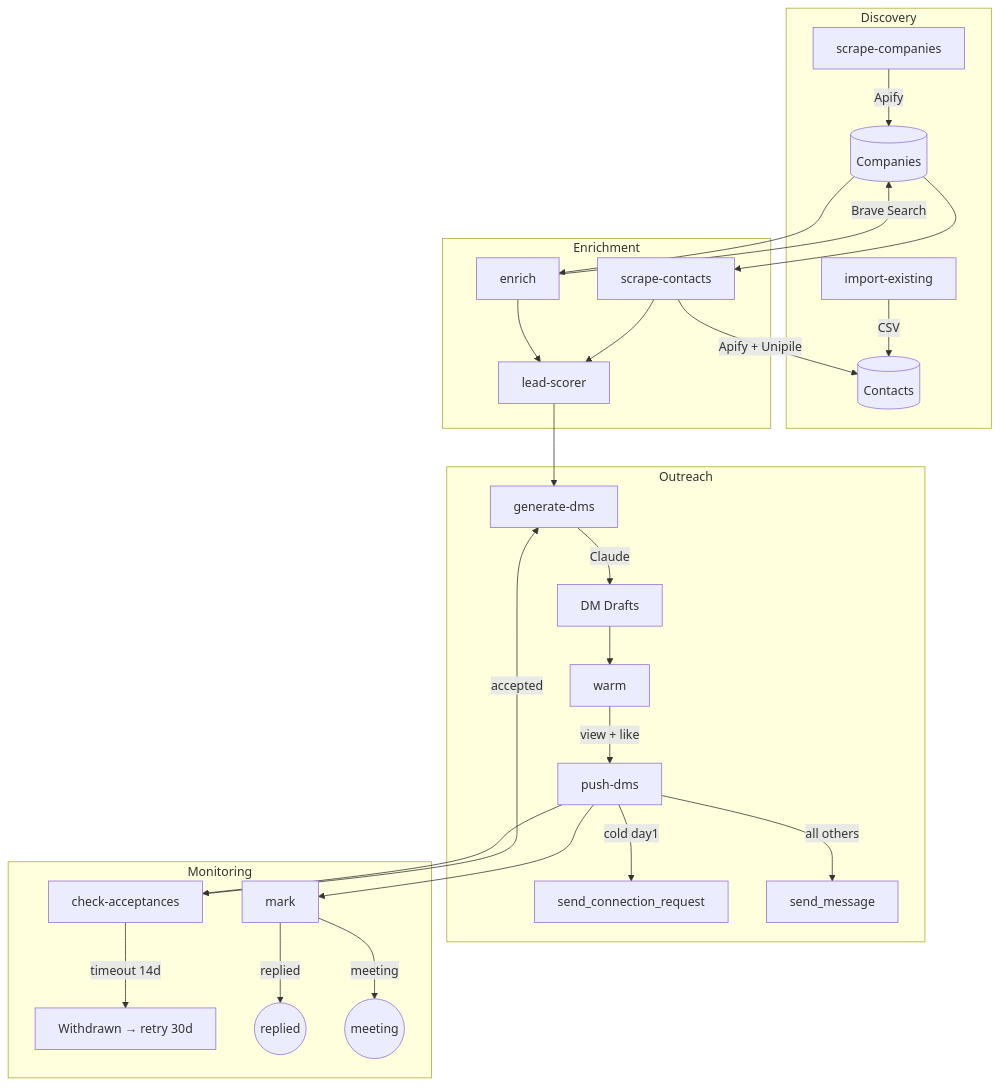
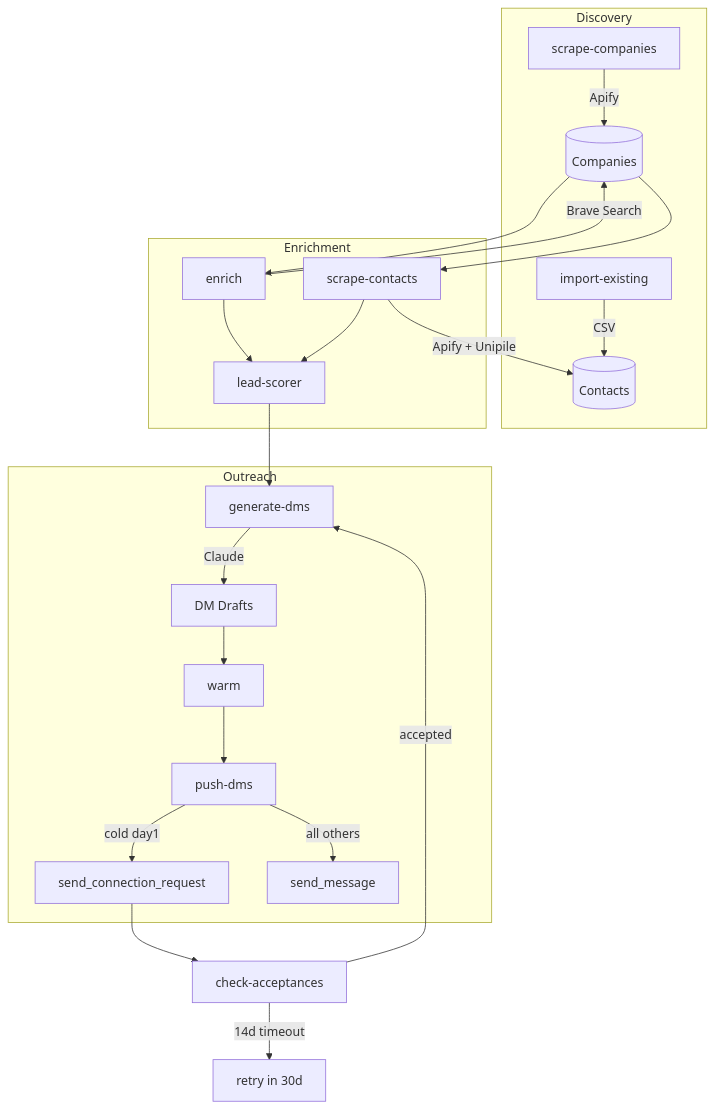
The first of 2 diagrams in docs/pipeline-flow.md (ashc0815/Linkedin-ABM-LeadGen), drawn with Mermaid before and after one commit. The commit also changed other lines of this file, not shown here.

First line of the commit message:
docs: trim pipeline diagram — remove Daily Workflow dupe and merge repeated transitions

````diff
--- a/docs/pipeline-flow.md
+++ b/docs/pipeline-flow.md
@@ -17,30 +5,25 @@
 ```mermaid
 flowchart TD
     subgraph Discovery
-        scrape-companies -->|"Apify"| Companies[(Companies)]
-        import-existing -->|"CSV"| Contacts[(Contacts)]
+        scrape-companies -->|Apify| Companies[(Companies)]
+        import-existing -->|CSV| Contacts[(Contacts)]
     end
 
     subgraph Enrichment
-        Companies --> enrich -->|"Brave Search"| Companies
-        Companies --> scrape-contacts -->|"Apify + Unipile"| Contacts
+        Companies --> enrich -->|Brave Search| Companies
+        Companies --> scrape-contacts -->|Apify + Unipile| Contacts
         enrich --> lead-scorer
         scrape-contacts --> lead-scorer
     end
 
     subgraph Outreach
-        lead-scorer --> generate-dms -->|"Claude"| Drafts[DM Drafts]
-        Drafts --> warm -->|"view + like"| push-dms
-        push-dms -->|"cold day1"| send_connection_request
-        push-dms -->|"all others"| send_message
+        lead-scorer --> generate-dms -->|Claude| Drafts[DM Drafts]
+        Drafts --> warm --> push-dms
+        push-dms -->|cold day1| send_connection_request
+        push-dms -->|all others| send_message
     end
 
-    subgraph Monitoring
-        push-dms --> check-acceptances
-        check-acceptances -->|accepted| generate-dms
-        check-acceptances -->|timeout 14d| withdrawn[Withdrawn → retry 30d]
-        push-dms --> mark
-        mark -->|replied| replied((replied))
-        mark -->|meeting| meeting((meeting))
-    end
+    send_connection_request --> check-acceptances
+    check-acceptances -->|accepted| generate-dms
+    check-acceptances -->|14d timeout| withdrawn[retry in 30d]
 ```
````
